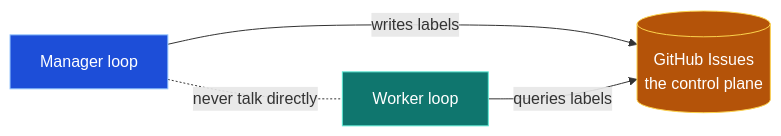
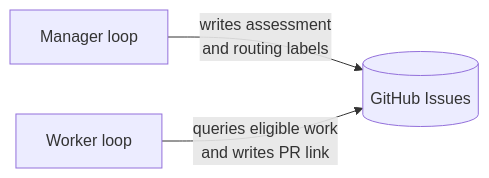
The second of 2 diagrams in tutorials/loop-engineering/LESSON.md (owainlewis/youtube-tutorials), drawn with Mermaid before and after one commit. The commit also changed other lines of this file and 9 other files, not shown here.

````diff
--- a/tutorials/loop-engineering/LESSON.md
+++ b/tutorials/loop-engineering/LESSON.md
@@ -76,13 +48,5 @@
 ```mermaid
 graph LR
-    H[Manager loop] -->|writes labels| S[(GitHub Issues<br/>the control plane)]
-    C[Worker loop] -->|queries labels| S
-    H -.never talk directly.- C
-
-    classDef manager fill:#1d4ed8,stroke:#93c5fd,color:#ffffff
-    classDef worker fill:#0f766e,stroke:#5eead4,color:#ffffff
-    classDef state fill:#b45309,stroke:#fcd34d,color:#ffffff
-    class H manager
-    class C worker
-    class S state
+    M[Manager loop] -->|writes assessment<br/>and routing labels| S[(GitHub Issues)]
+    W[Worker loop] -->|queries eligible work<br/>and writes PR link| S
 ```
````
